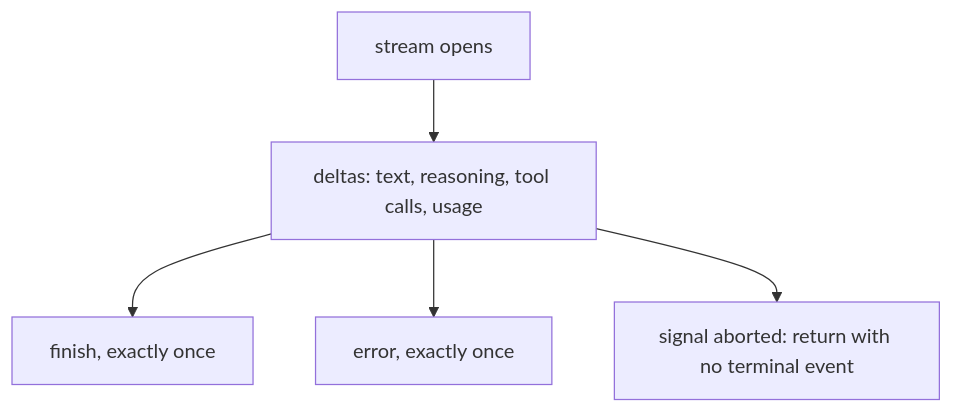
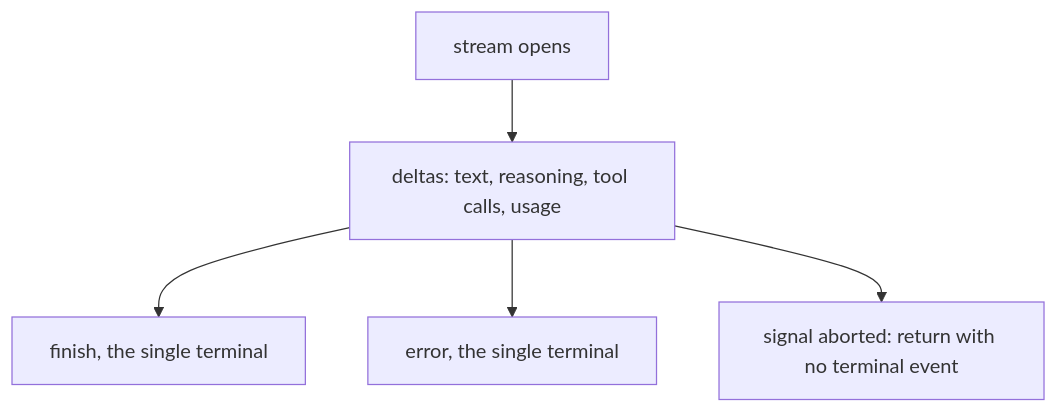
Before and after one commit to o-stepper/rulvar: the diagram in docs/guide/adapter-authors.md, drawn with Mermaid. The commit also changed 45 other files, not shown here.

First line of the commit message:
Publish the guarantee matrix and enforce exactly-once claim hygiene (RV508) (#479)

````diff
--- a/docs/guide/adapter-authors.md
+++ b/docs/guide/adapter-authors.md
@@ -65,7 +65,7 @@
 ```mermaid
 flowchart TD
   O[stream opens] --> D[deltas: text, reasoning, tool calls, usage]
-  D --> F[finish, exactly once]
-  D --> E[error, exactly once]
+  D --> F[finish, the single terminal]
+  D --> E[error, the single terminal]
   D --> A[signal aborted: return with no terminal event]
 ```
````
